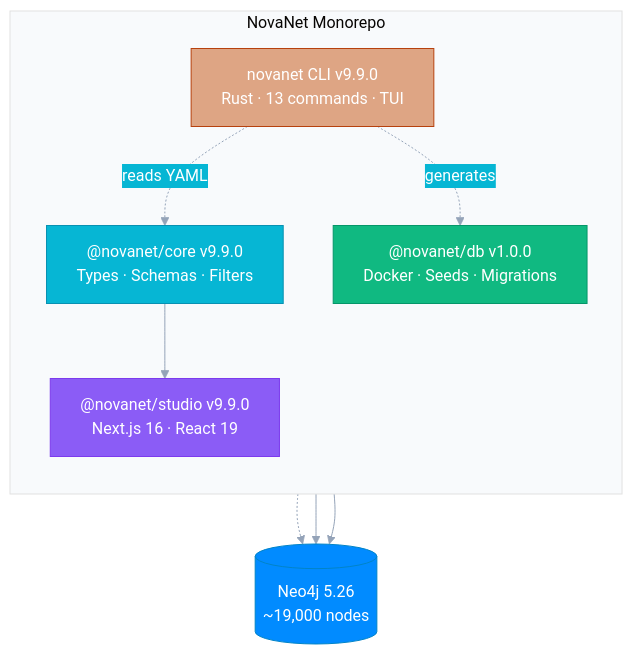
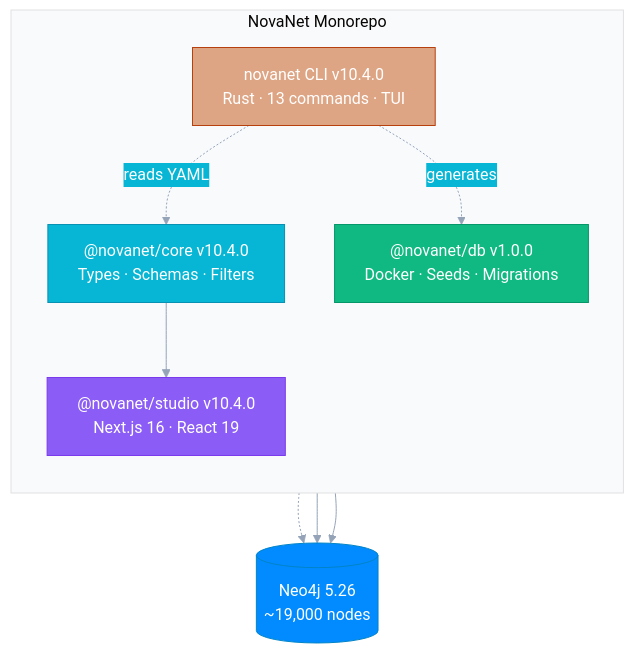
The diagram in README.md (supernovae-st/novanet), drawn with Mermaid before and after one commit. The commit also changed other lines of this file and 165 other files, not shown here.

First line of the commit message:
docs: complete v10.4 Entity-Centric Architecture terminology audit

````diff
--- a/README.md
+++ b/README.md
@@ -45,33 +45,33 @@
 ```mermaid
 %%{init: {'theme': 'base', 'themeVariables': {
   'primaryColor': '#6366f1',
   'primaryTextColor': '#fff',
   'primaryBorderColor': '#4f46e5',
   'lineColor': '#94a3b8',
   'secondaryColor': '#06b6d4',
   'tertiaryColor': '#f8fafc'
 }}}%%
 flowchart TB
     subgraph MONO["NovaNet Monorepo"]
         direction TB
-        CORE["@novanet/core v9.9.0\nTypes · Schemas · Filters"]
+        CORE["@novanet/core v10.4.0\nTypes · Schemas · Filters"]
         DB["@novanet/db v1.0.0\nDocker · Seeds · Migrations"]
-        STUDIO["@novanet/studio v9.9.0\nNext.js 16 · React 19"]
-        RUST["novanet CLI v9.9.0\nRust · 13 commands · TUI"]
+        STUDIO["@novanet/studio v10.4.0\nNext.js 16 · React 19"]
+        RUST["novanet CLI v10.4.0\nRust · 13 commands · TUI"]
     end
 
     CORE --> STUDIO
     RUST -.->|reads YAML| CORE
     RUST -.->|generates| DB
 
     NEO4J[("Neo4j 5.26\n~19,000 nodes")]
     DB -.-> NEO4J
     STUDIO --> NEO4J
     RUST --> NEO4J
 
     style CORE fill:#06b6d4,stroke:#0891b2,color:#fff
     style DB fill:#10b981,stroke:#059669,color:#fff
     style STUDIO fill:#8b5cf6,stroke:#7c3aed,color:#fff
     style RUST fill:#DEA584,stroke:#B7410E,color:#fff
     style NEO4J fill:#018bff,stroke:#0284c7,color:#fff
 ```
````
